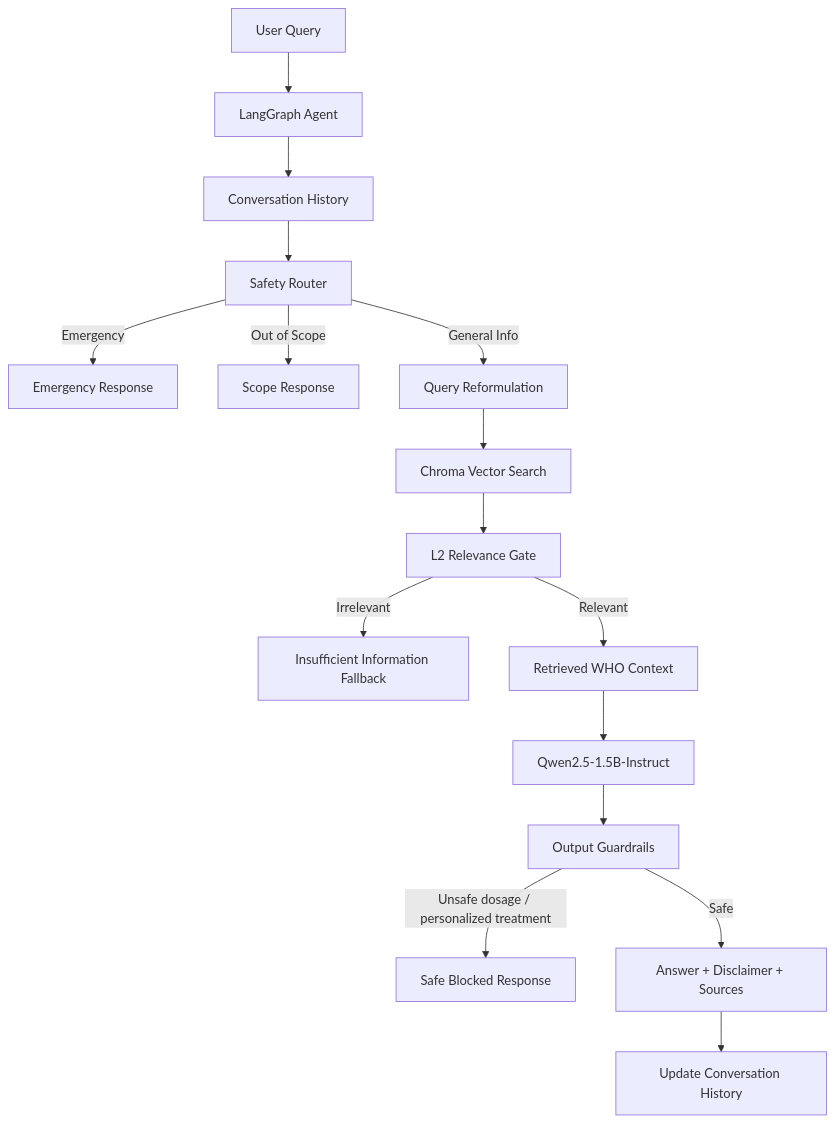
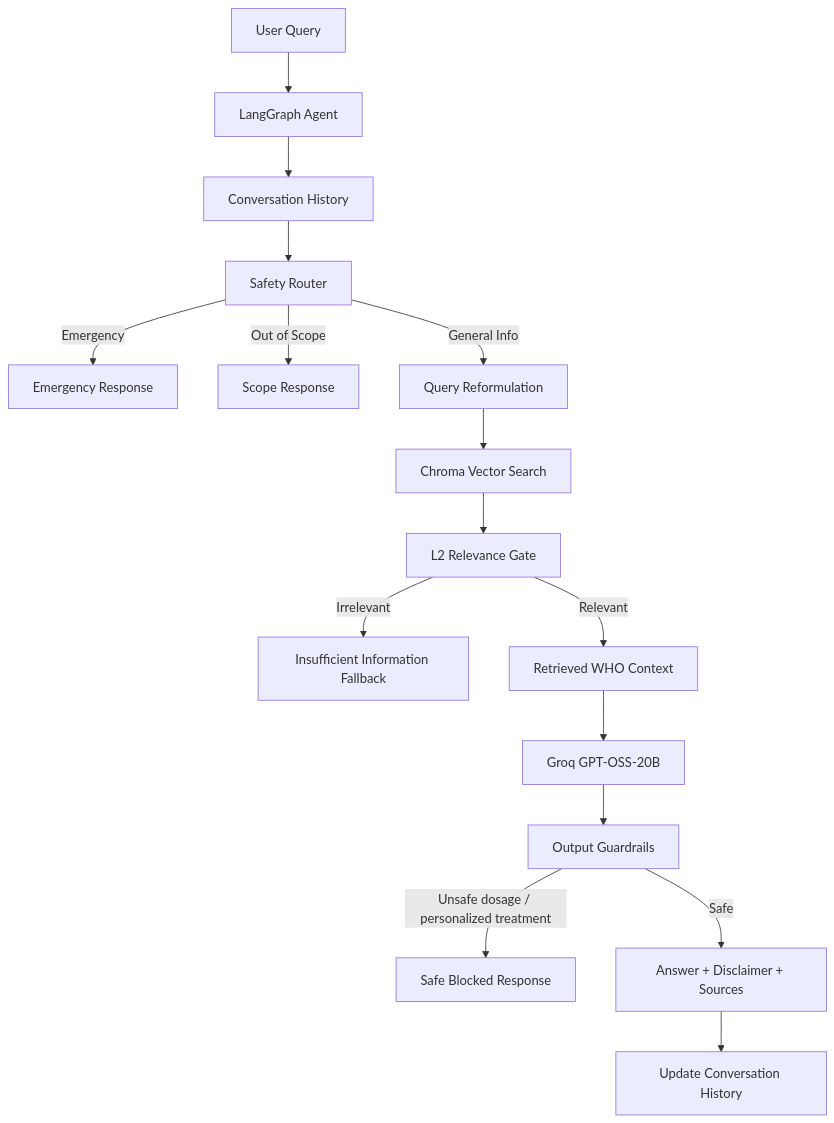
Before and after one commit to gurupawan265/Clinical-Guidelines-Assistant: the diagram in README.md, drawn with Mermaid. The commit also changed other lines of this file and 1 other file, not shown here.

Commit message:
feat: migrate RAG pipeline to Groq and update evaluation

````diff
--- a/README.md
+++ b/README.md
@@ -52,18 +52,18 @@
 ```mermaid
 flowchart TD
     A[User Query] --> B[LangGraph Agent]
     B --> C[Conversation History]
     C --> D[Safety Router]
     D -->|Emergency| E[Emergency Response]
     D -->|Out of Scope| F[Scope Response]
     D -->|General Info| G[Query Reformulation]
     G --> H[Chroma Vector Search]
     H --> I[L2 Relevance Gate]
     I -->|Irrelevant| J[Insufficient Information Fallback]
     I -->|Relevant| K[Retrieved WHO Context]
-    K --> L[Qwen2.5-1.5B-Instruct]
+    K --> L[Groq GPT-OSS-20B]
     L --> M[Output Guardrails]
     M -->|Unsafe dosage / personalized treatment| N[Safe Blocked Response]
     M -->|Safe| O[Answer + Disclaimer + Sources]
     O --> P[Update Conversation History]
 ```
````
